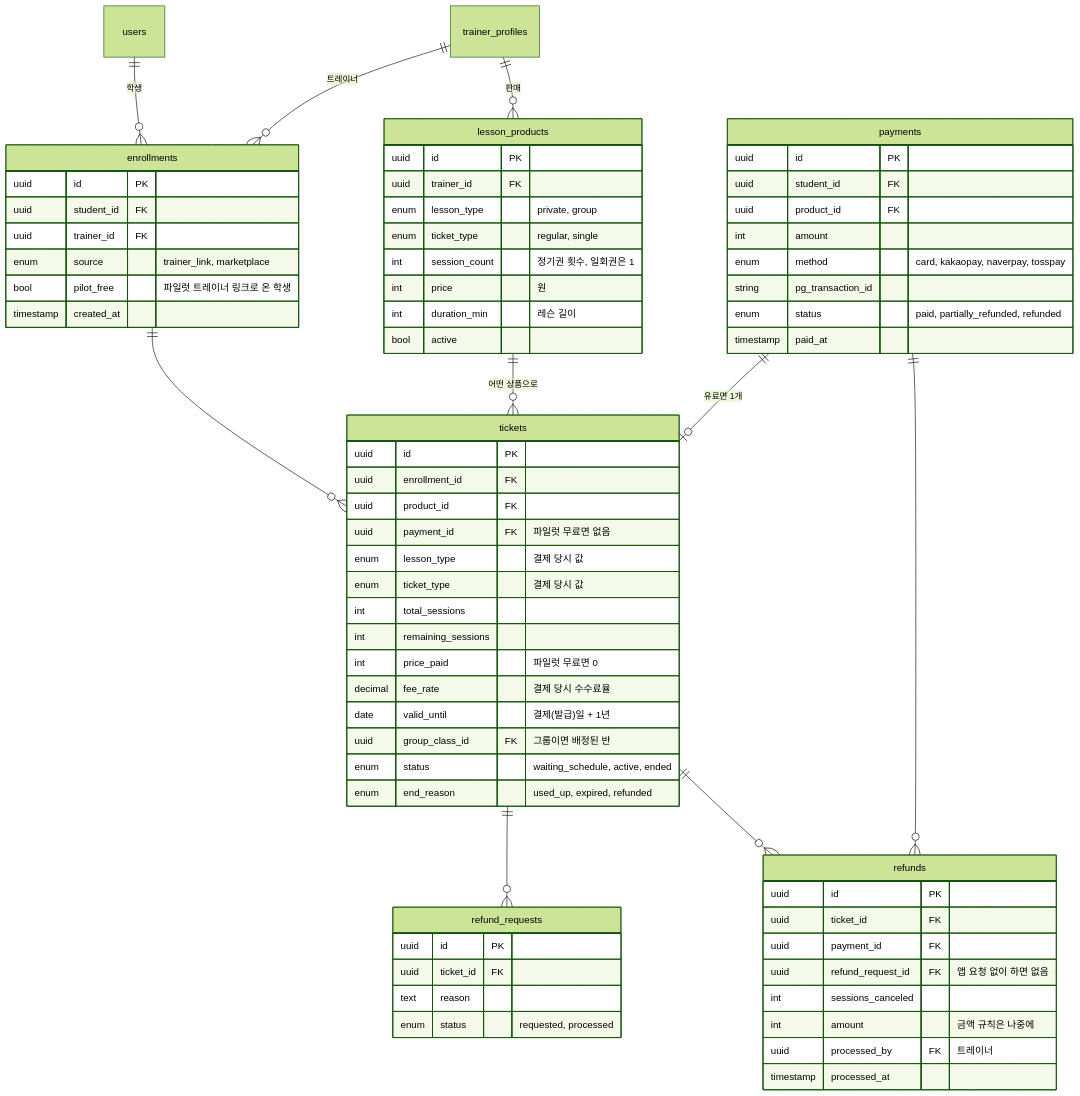
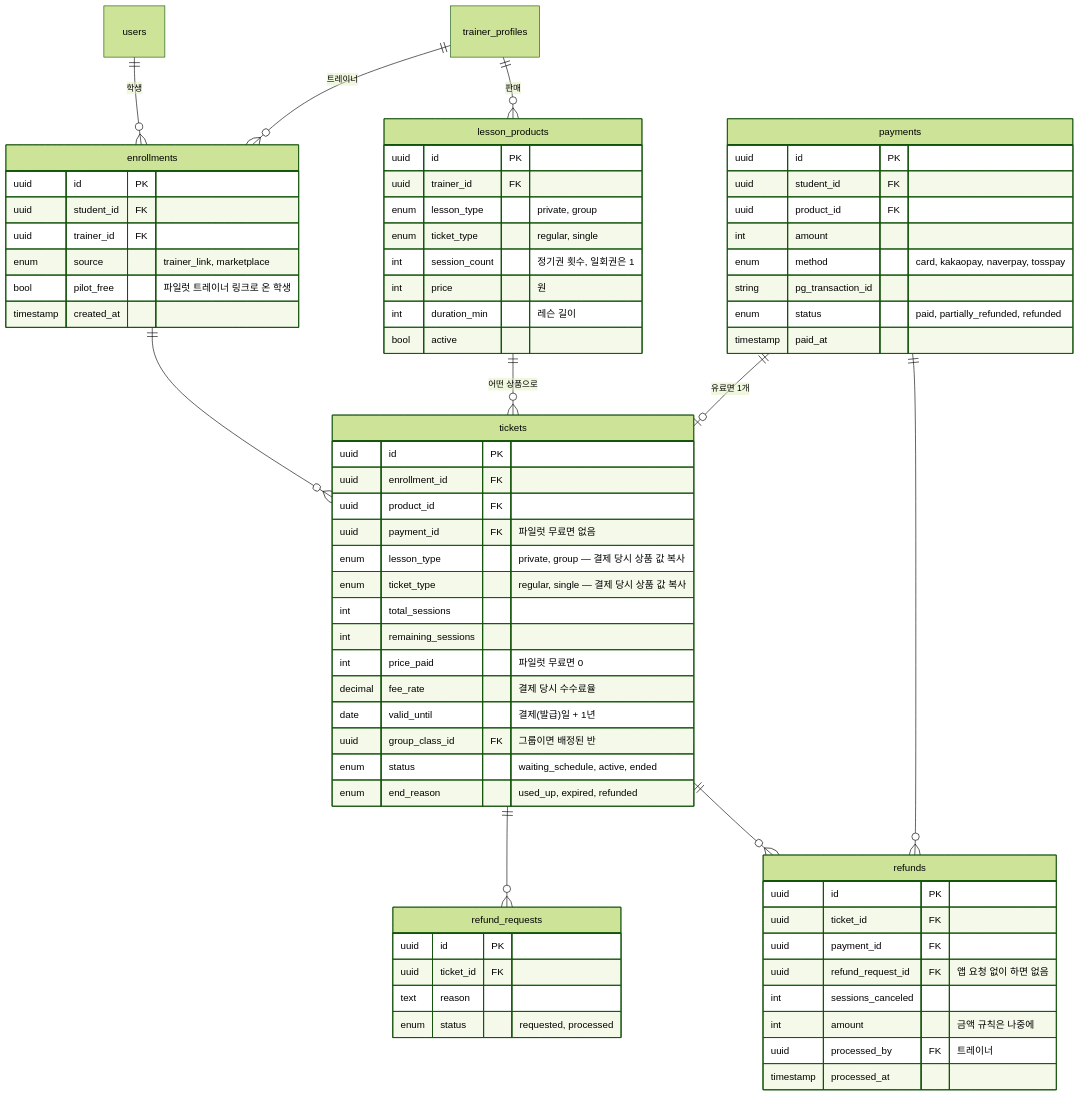
Before and after one commit to Yun-Jehyeok/vocals: the second of 7 diagrams in docs/erd.md, drawn with Mermaid (forest theme). The commit also changed other lines of this file, not shown here.

Commit message:
docs: tickets enum 값과 타입 이름 규칙 명시
- tickets.lesson_type, ticket_type 주석에 값(private, group / regular, single)을 적음
- 같은 값을 쓰는 컬럼도 enum 타입은 <테이블>_<컬럼>으로 따로 둔다고 명시
- enum 주석 형식(값은 쉼표, 설명은 — 뒤) 명시

Claude-Session: https://claude.ai/code/session_018vooJ3cKU8gpkweGCztEz5

````diff
--- a/docs/erd.md
+++ b/docs/erd.md
@@ -137,73 +138,73 @@
 ```mermaid
 erDiagram
     trainer_profiles ||--o{ lesson_products : "판매"
     users ||--o{ enrollments : "학생"
     trainer_profiles ||--o{ enrollments : "트레이너"
     enrollments ||--o{ tickets : ""
     lesson_products ||--o{ tickets : "어떤 상품으로"
     payments ||--o| tickets : "유료면 1개"
     tickets ||--o{ refund_requests : ""
     tickets ||--o{ refunds : ""
     payments ||--o{ refunds : ""
 
     lesson_products {
         uuid id PK
         uuid trainer_id FK
         enum lesson_type "private, group"
         enum ticket_type "regular, single"
         int session_count "정기권 횟수, 일회권은 1"
         int price "원"
         int duration_min "레슨 길이"
         bool active
     }
     enrollments {
         uuid id PK
         uuid student_id FK
         uuid trainer_id FK
         enum source "trainer_link, marketplace"
         bool pilot_free "파일럿 트레이너 링크로 온 학생"
         timestamp created_at
     }
     payments {
         uuid id PK
         uuid student_id FK
         uuid product_id FK
         int amount
         enum method "card, kakaopay, naverpay, tosspay"
         string pg_transaction_id
         enum status "paid, partially_refunded, refunded"
         timestamp paid_at
     }
     tickets {
         uuid id PK
         uuid enrollment_id FK
         uuid product_id FK
         uuid payment_id FK "파일럿 무료면 없음"
-        enum lesson_type "결제 당시 값"
-        enum ticket_type "결제 당시 값"
+        enum lesson_type "private, group — 결제 당시 상품 값 복사"
+        enum ticket_type "regular, single — 결제 당시 상품 값 복사"
         int total_sessions
         int remaining_sessions
         int price_paid "파일럿 무료면 0"
         decimal fee_rate "결제 당시 수수료율"
         date valid_until "결제(발급)일 + 1년"
         uuid group_class_id FK "그룹이면 배정된 반"
         enum status "waiting_schedule, active, ended"
         enum end_reason "used_up, expired, refunded"
     }
     refund_requests {
         uuid id PK
         uuid ticket_id FK
         text reason
         enum status "requested, processed"
     }
     refunds {
         uuid id PK
         uuid ticket_id FK
         uuid payment_id FK
         uuid refund_request_id FK "앱 요청 없이 하면 없음"
         int sessions_canceled
         int amount "금액 규칙은 나중에"
         uuid processed_by FK "트레이너"
         timestamp processed_at
     }
 ```
````
